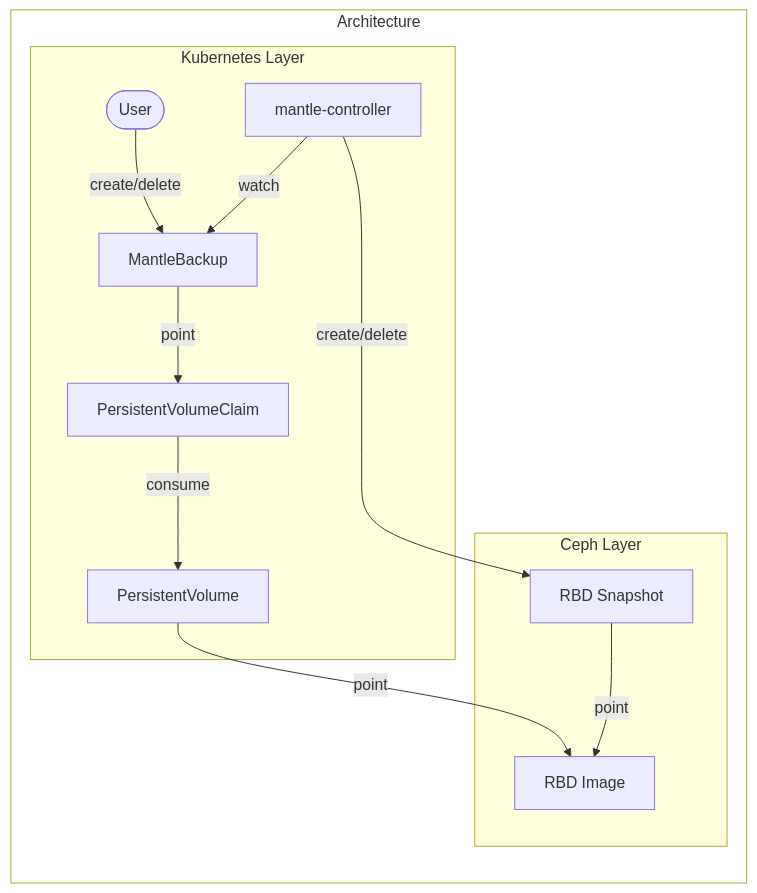
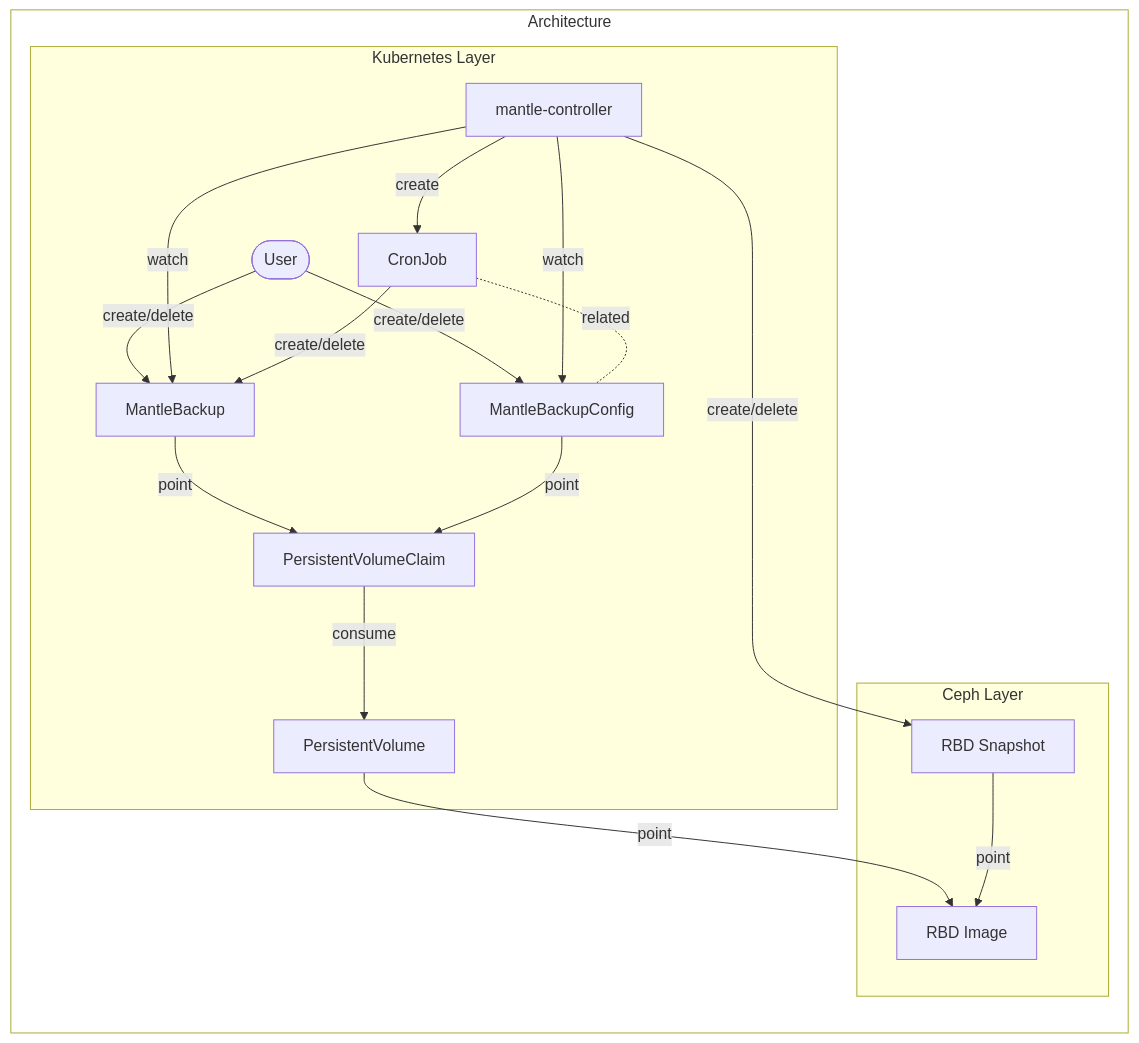
The diagram in docs/design.md (cybozu-go/mantle), drawn with Mermaid before and after one commit. The commit also changed other lines of this file and 21 other files, not shown here.

Commit message:
implement reconciler for MantleBackupConfig

````diff
--- a/docs/design.md
+++ b/docs/design.md
@@ -18,33 +18,41 @@
 ```mermaid
 %%{init:{'theme': 'default'}}%%
 
 flowchart LR
 
     style Architecture fill:#FFFFFF
     subgraph Architecture
 
       USER([User])
       RBSC[mantle-controller]
       RPB[MantleBackup]
       PVC[PersistentVolumeClaim]
       PV[PersistentVolume]
       RI[RBD Image]
       RS[RBD Snapshot]
+      MBC[MantleBackupConfig]
+      MBCCronJob[CronJob]
 
       subgraph Kubernetes Layer
         USER -- create/delete --> RPB
         RBSC -- watch --> RPB
         RPB -- point --> PVC
         PVC -- consume --> PV
+        USER -- create/delete --> MBC
+        RBSC -- watch --> MBC
+        RBSC -- create --> MBCCronJob
+        MBCCronJob -- create/delete --> RPB
+        MBCCronJob -.-|related| MBC
+        MBC -- point --> PVC
       end
 
       subgraph Ceph Layer
         RBSC -- create/delete --> RS
         PV -- point --> RI
         RS -- point --> RI
         
       end
 
 
     end
 ```
````
